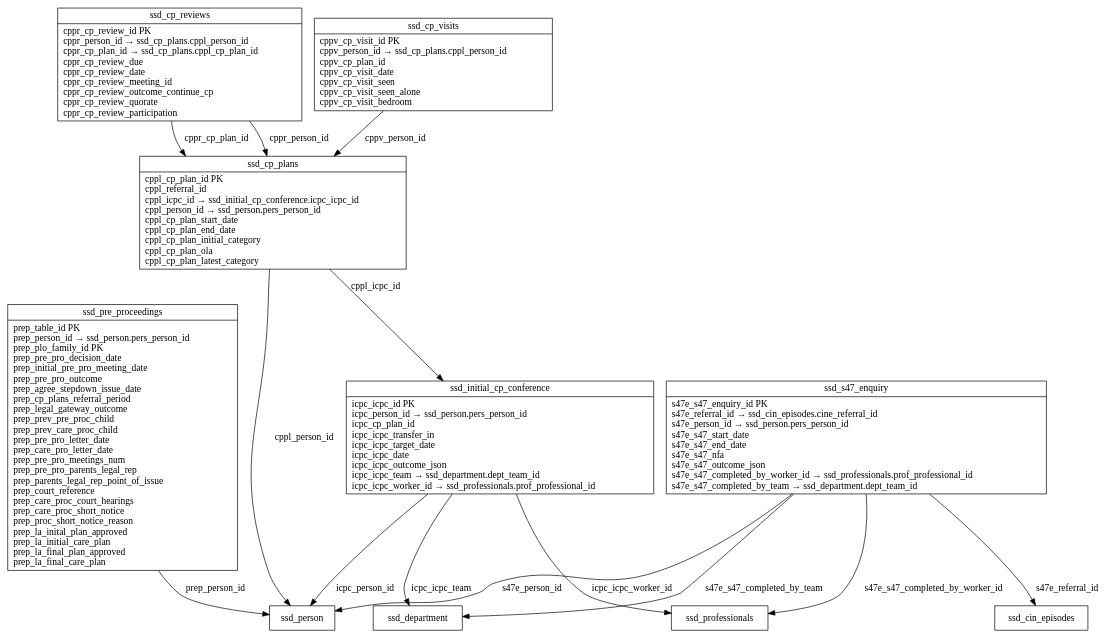
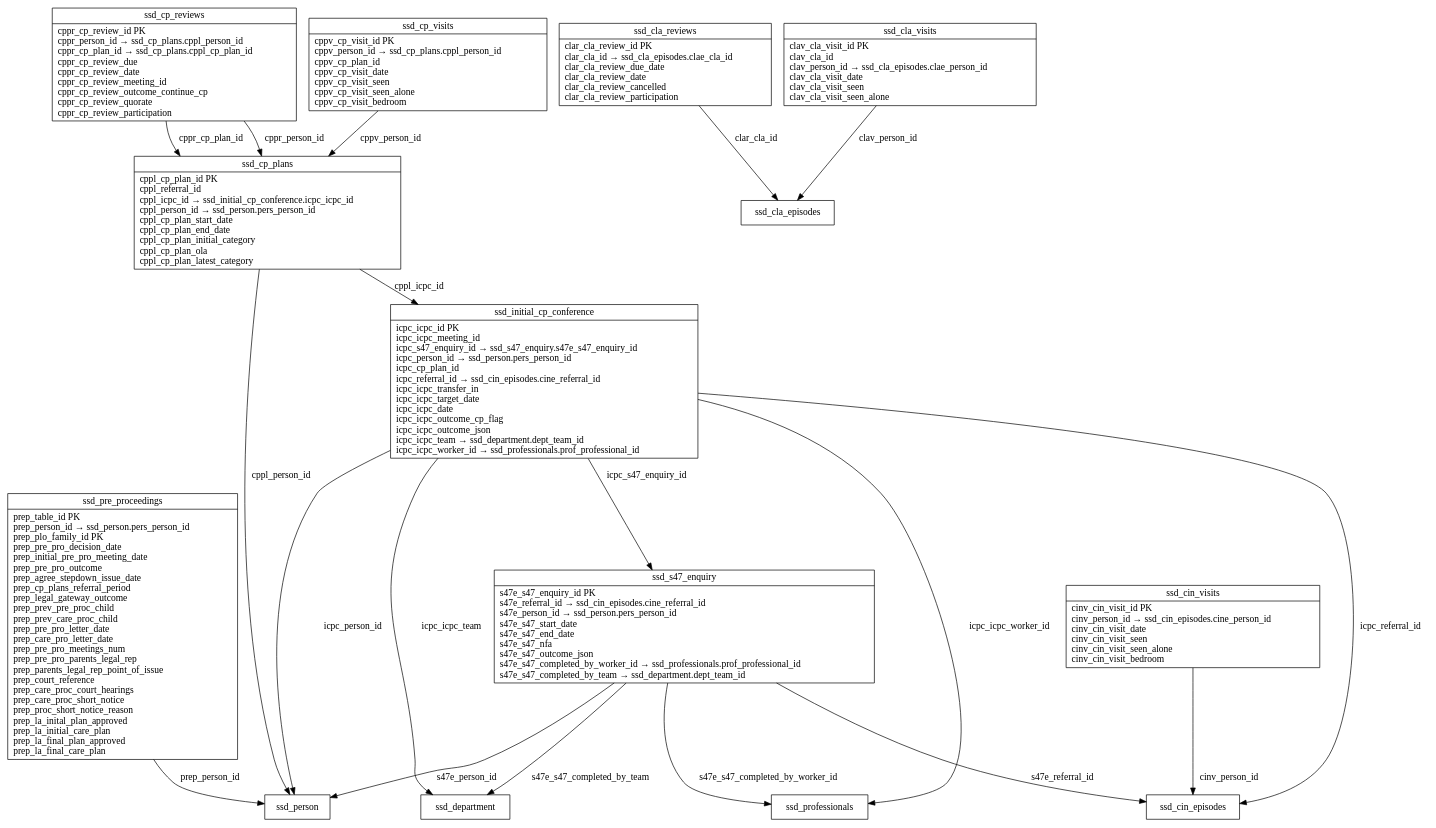
One commit to data-to-insight/ssd-data-model-next changed the diagram in docs/dot/erd_cp.dot. Above: the diagram before and after it, drawn with Graphviz. The commit also changed 501 other files, not shown here.

Commit message:
erd group changes

```diff
--- a/docs/dot/erd_cp.dot
+++ b/docs/dot/erd_cp.dot
@@ -1,22 +1,30 @@
 digraph G {
   node [shape=record];
-  ssd_initial_cp_conference [label="{ssd_initial_cp_conference|icpc_icpc_id PK\licpc_person_id → ssd_person.pers_person_id\licpc_cp_plan_id\licpc_icpc_transfer_in\licpc_icpc_target_date\licpc_icpc_date\licpc_icpc_outcome_json\licpc_icpc_team → ssd_department.dept_team_id\licpc_icpc_worker_id → ssd_professionals.prof_professional_id\l}"];
+  ssd_initial_cp_conference [label="{ssd_initial_cp_conference|icpc_icpc_id PK\licpc_icpc_meeting_id\licpc_s47_enquiry_id → ssd_s47_enquiry.s47e_s47_enquiry_id\licpc_person_id → ssd_person.pers_person_id\licpc_cp_plan_id\licpc_referral_id → ssd_cin_episodes.cine_referral_id\licpc_icpc_transfer_in\licpc_icpc_target_date\licpc_icpc_date\licpc_icpc_outcome_cp_flag\licpc_icpc_outcome_json\licpc_icpc_team → ssd_department.dept_team_id\licpc_icpc_worker_id → ssd_professionals.prof_professional_id\l}"];
   ssd_s47_enquiry [label="{ssd_s47_enquiry|s47e_s47_enquiry_id PK\ls47e_referral_id → ssd_cin_episodes.cine_referral_id\ls47e_person_id → ssd_person.pers_person_id\ls47e_s47_start_date\ls47e_s47_end_date\ls47e_s47_nfa\ls47e_s47_outcome_json\ls47e_s47_completed_by_worker_id → ssd_professionals.prof_professional_id\ls47e_s47_completed_by_team → ssd_department.dept_team_id\l}"];
+  ssd_cla_reviews [label="{ssd_cla_reviews|clar_cla_review_id PK\lclar_cla_id → ssd_cla_episodes.clae_cla_id\lclar_cla_review_due_date\lclar_cla_review_date\lclar_cla_review_cancelled\lclar_cla_review_participation\l}"];
   ssd_pre_proceedings [label="{ssd_pre_proceedings|prep_table_id PK\lprep_person_id → ssd_person.pers_person_id\lprep_plo_family_id PK\lprep_pre_pro_decision_date\lprep_initial_pre_pro_meeting_date\lprep_pre_pro_outcome\lprep_agree_stepdown_issue_date\lprep_cp_plans_referral_period\lprep_legal_gateway_outcome\lprep_prev_pre_proc_child\lprep_prev_care_proc_child\lprep_pre_pro_letter_date\lprep_care_pro_letter_date\lprep_pre_pro_meetings_num\lprep_pre_pro_parents_legal_rep\lprep_parents_legal_rep_point_of_issue\lprep_court_reference\lprep_care_proc_court_hearings\lprep_care_proc_short_notice\lprep_proc_short_notice_reason\lprep_la_inital_plan_approved\lprep_la_initial_care_plan\lprep_la_final_plan_approved\lprep_la_final_care_plan\l}"];
+  ssd_cla_visits [label="{ssd_cla_visits|clav_cla_visit_id PK\lclav_cla_id\lclav_person_id → ssd_cla_episodes.clae_person_id\lclav_cla_visit_date\lclav_cla_visit_seen\lclav_cla_visit_seen_alone\l}"];
+  ssd_cin_visits [label="{ssd_cin_visits|cinv_cin_visit_id PK\lcinv_person_id → ssd_cin_episodes.cine_person_id\lcinv_cin_visit_date\lcinv_cin_visit_seen\lcinv_cin_visit_seen_alone\lcinv_cin_visit_bedroom\l}"];
   ssd_cp_reviews [label="{ssd_cp_reviews|cppr_cp_review_id PK\lcppr_person_id → ssd_cp_plans.cppl_person_id\lcppr_cp_plan_id → ssd_cp_plans.cppl_cp_plan_id\lcppr_cp_review_due\lcppr_cp_review_date\lcppr_cp_review_meeting_id\lcppr_cp_review_outcome_continue_cp\lcppr_cp_review_quorate\lcppr_cp_review_participation\l}"];
   ssd_cp_plans [label="{ssd_cp_plans|cppl_cp_plan_id PK\lcppl_referral_id\lcppl_icpc_id → ssd_initial_cp_conference.icpc_icpc_id\lcppl_person_id → ssd_person.pers_person_id\lcppl_cp_plan_start_date\lcppl_cp_plan_end_date\lcppl_cp_plan_initial_category\lcppl_cp_plan_ola\lcppl_cp_plan_latest_category\l}"];
   ssd_cp_visits [label="{ssd_cp_visits|cppv_cp_visit_id PK\lcppv_person_id → ssd_cp_plans.cppl_person_id\lcppv_cp_plan_id\lcppv_cp_visit_date\lcppv_cp_visit_seen\lcppv_cp_visit_seen_alone\lcppv_cp_visit_bedroom\l}"];
+  ssd_initial_cp_conference -> ssd_s47_enquiry [label="icpc_s47_enquiry_id"];
   ssd_initial_cp_conference -> ssd_person [label="icpc_person_id"];
+  ssd_initial_cp_conference -> ssd_cin_episodes [label="icpc_referral_id"];
   ssd_initial_cp_conference -> ssd_department [label="icpc_icpc_team"];
   ssd_initial_cp_conference -> ssd_professionals [label="icpc_icpc_worker_id"];
   ssd_s47_enquiry -> ssd_cin_episodes [label="s47e_referral_id"];
   ssd_s47_enquiry -> ssd_person [label="s47e_person_id"];
   ssd_s47_enquiry -> ssd_professionals [label="s47e_s47_completed_by_worker_id"];
   ssd_s47_enquiry -> ssd_department [label="s47e_s47_completed_by_team"];
+  ssd_cla_reviews -> ssd_cla_episodes [label="clar_cla_id"];
   ssd_pre_proceedings -> ssd_person [label="prep_person_id"];
+  ssd_cla_visits -> ssd_cla_episodes [label="clav_person_id"];
+  ssd_cin_visits -> ssd_cin_episodes [label="cinv_person_id"];
   ssd_cp_reviews -> ssd_cp_plans [label="cppr_person_id"];
   ssd_cp_reviews -> ssd_cp_plans [label="cppr_cp_plan_id"];
   ssd_cp_plans -> ssd_initial_cp_conference [label="cppl_icpc_id"];
   ssd_cp_plans -> ssd_person [label="cppl_person_id"];
   ssd_cp_visits -> ssd_cp_plans [label="cppv_person_id"];
 }
```
